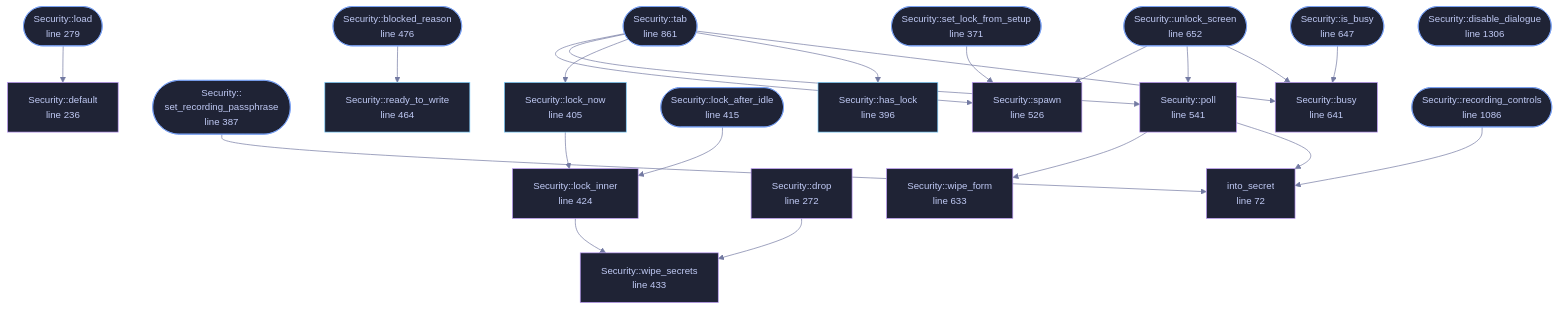
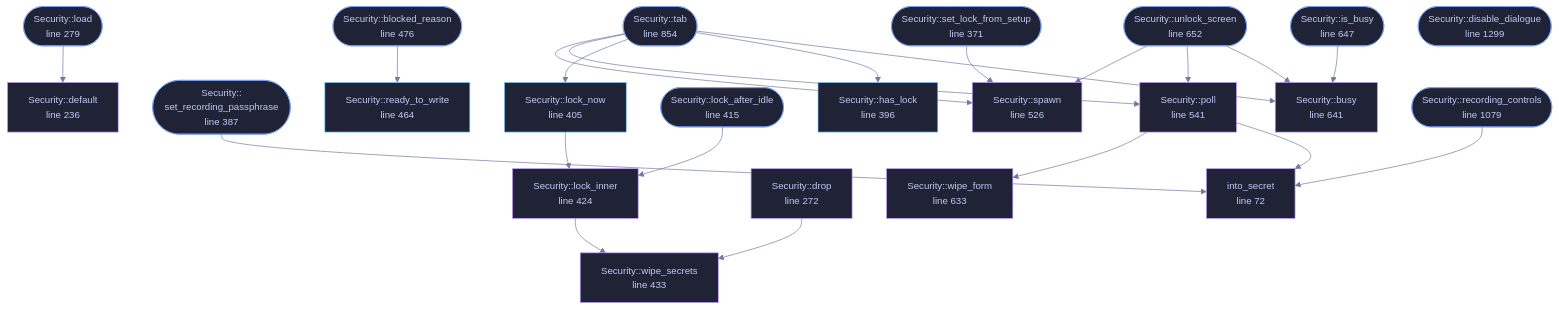
Before and after one commit to tilas01/veilvoice: the diagram in docs/files/veilvoice-gui/security.md, drawn with Mermaid. The commit also changed other lines of this file and 42 other files, not shown here.

````diff
--- a/docs/files/veilvoice-gui/security.md
+++ b/docs/files/veilvoice-gui/security.md
@@ -148,74 +148,74 @@
 ```mermaid
 %%{init: {"theme":"base","themeVariables":{"background":"#1a1b26","primaryColor":"#1f2335","primaryTextColor":"#c0caf5","primaryBorderColor":"#7aa2f7","secondaryColor":"#16161e","tertiaryColor":"#16161e","lineColor":"#737aa2","textColor":"#c0caf5","mainBkg":"#1f2335","nodeBorder":"#7aa2f7","clusterBkg":"#16161e","clusterBorder":"#2f3549","fontFamily":"ui-monospace, SFMono-Regular, Consolas, monospace","fontSize":"14px"}}}%%
 flowchart TD
     n_into_secret["into_secret<br/>line 72"]
     n_default["Security::default<br/>line 236"]
     n_drop["Security::drop<br/>line 272"]
     n_load(["Security::load<br/>line 279"])
     n_set_lock_from_setup(["Security::set_lock_from_setup<br/>line 371"])
     n_set_recording_passphrase(["Security::<br/>set_recording_passphrase<br/>line 387"])
     n_has_lock["Security::has_lock<br/>line 396"]
     n_lock_now["Security::lock_now<br/>line 405"]
     n_lock_after_idle(["Security::lock_after_idle<br/>line 415"])
     n_lock_inner["Security::lock_inner<br/>line 424"]
     n_wipe_secrets["Security::wipe_secrets<br/>line 433"]
     n_ready_to_write["Security::ready_to_write<br/>line 464"]
     n_blocked_reason(["Security::blocked_reason<br/>line 476"])
     n_spawn["Security::spawn<br/>line 526"]
     n_poll["Security::poll<br/>line 541"]
     n_wipe_form["Security::wipe_form<br/>line 633"]
     n_busy["Security::busy<br/>line 641"]
     n_is_busy(["Security::is_busy<br/>line 647"])
     n_unlock_screen(["Security::unlock_screen<br/>line 652"])
-    n_tab(["Security::tab<br/>line 861"])
-    n_recording_controls(["Security::recording_controls<br/>line 1086"])
-    n_disable_dialogue(["Security::disable_dialogue<br/>line 1306"])
+    n_tab(["Security::tab<br/>line 854"])
+    n_recording_controls(["Security::recording_controls<br/>line 1079"])
+    n_disable_dialogue(["Security::disable_dialogue<br/>line 1299"])
     n_blocked_reason --> n_ready_to_write
     n_drop --> n_wipe_secrets
     n_is_busy --> n_busy
     n_load --> n_default
     n_lock_after_idle --> n_lock_inner
     n_lock_inner --> n_wipe_secrets
     n_lock_now --> n_lock_inner
     n_poll --> n_into_secret
     n_poll --> n_wipe_form
     n_recording_controls --> n_into_secret
     n_set_lock_from_setup --> n_spawn
     n_set_recording_passphrase --> n_into_secret
     n_tab --> n_busy
     n_tab --> n_has_lock
     n_tab --> n_lock_now
     n_tab --> n_poll
     n_tab --> n_spawn
     n_unlock_screen --> n_busy
     n_unlock_screen --> n_poll
     n_unlock_screen --> n_spawn
     click n_into_secret href "https://github.com/tilas01/veilvoice/blob/main/crates/veilvoice-gui/src/security.rs#L72" "open the source"
     click n_default href "https://github.com/tilas01/veilvoice/blob/main/crates/veilvoice-gui/src/security.rs#L236" "open the source"
     click n_drop href "https://github.com/tilas01/veilvoice/blob/main/crates/veilvoice-gui/src/security.rs#L272" "open the source"
     click n_load href "https://github.com/tilas01/veilvoice/blob/main/crates/veilvoice-gui/src/security.rs#L279" "open the source"
     click n_set_lock_from_setup href "https://github.com/tilas01/veilvoice/blob/main/crates/veilvoice-gui/src/security.rs#L371" "open the source"
     click n_set_recording_passphrase href "https://github.com/tilas01/veilvoice/blob/main/crates/veilvoice-gui/src/security.rs#L387" "open the source"
     click n_has_lock href "https://github.com/tilas01/veilvoice/blob/main/crates/veilvoice-gui/src/security.rs#L396" "open the source"
     click n_lock_now href "https://github.com/tilas01/veilvoice/blob/main/crates/veilvoice-gui/src/security.rs#L405" "open the source"
     click n_lock_after_idle href "https://github.com/tilas01/veilvoice/blob/main/crates/veilvoice-gui/src/security.rs#L415" "open the source"
     click n_lock_inner href "https://github.com/tilas01/veilvoice/blob/main/crates/veilvoice-gui/src/security.rs#L424" "open the source"
     click n_wipe_secrets href "https://github.com/tilas01/veilvoice/blob/main/crates/veilvoice-gui/src/security.rs#L433" "open the source"
     click n_ready_to_write href "https://github.com/tilas01/veilvoice/blob/main/crates/veilvoice-gui/src/security.rs#L464" "open the source"
     click n_blocked_reason href "https://github.com/tilas01/veilvoice/blob/main/crates/veilvoice-gui/src/security.rs#L476" "open the source"
     click n_spawn href "https://github.com/tilas01/veilvoice/blob/main/crates/veilvoice-gui/src/security.rs#L526" "open the source"
     click n_poll href "https://github.com/tilas01/veilvoice/blob/main/crates/veilvoice-gui/src/security.rs#L541" "open the source"
     click n_wipe_form href "https://github.com/tilas01/veilvoice/blob/main/crates/veilvoice-gui/src/security.rs#L633" "open the source"
     click n_busy href "https://github.com/tilas01/veilvoice/blob/main/crates/veilvoice-gui/src/security.rs#L641" "open the source"
     click n_is_busy href "https://github.com/tilas01/veilvoice/blob/main/crates/veilvoice-gui/src/security.rs#L647" "open the source"
     click n_unlock_screen href "https://github.com/tilas01/veilvoice/blob/main/crates/veilvoice-gui/src/security.rs#L652" "open the source"
-    click n_tab href "https://github.com/tilas01/veilvoice/blob/main/crates/veilvoice-gui/src/security.rs#L861" "open the source"
-    click n_recording_controls href "https://github.com/tilas01/veilvoice/blob/main/crates/veilvoice-gui/src/security.rs#L1086" "open the source"
-    click n_disable_dialogue href "https://github.com/tilas01/veilvoice/blob/main/crates/veilvoice-gui/src/security.rs#L1306" "open the source"
+    click n_tab href "https://github.com/tilas01/veilvoice/blob/main/crates/veilvoice-gui/src/security.rs#L854" "open the source"
+    click n_recording_controls href "https://github.com/tilas01/veilvoice/blob/main/crates/veilvoice-gui/src/security.rs#L1079" "open the source"
+    click n_disable_dialogue href "https://github.com/tilas01/veilvoice/blob/main/crates/veilvoice-gui/src/security.rs#L1299" "open the source"
     classDef entry fill:#1f2335,stroke:#7aa2f7,color:#c0caf5
     class n_load,n_set_lock_from_setup,n_set_recording_passphrase,n_lock_after_idle,n_blocked_reason,n_is_busy,n_unlock_screen,n_tab,n_recording_controls,n_disable_dialogue entry
     classDef api fill:#1f2335,stroke:#7dcfff,color:#c0caf5
     class n_has_lock,n_lock_now,n_ready_to_write api
     classDef helper fill:#1f2335,stroke:#bb9af7,color:#c0caf5
     class n_into_secret,n_default,n_drop,n_lock_inner,n_wipe_secrets,n_spawn,n_poll,n_wipe_form,n_busy helper
 ```
````
